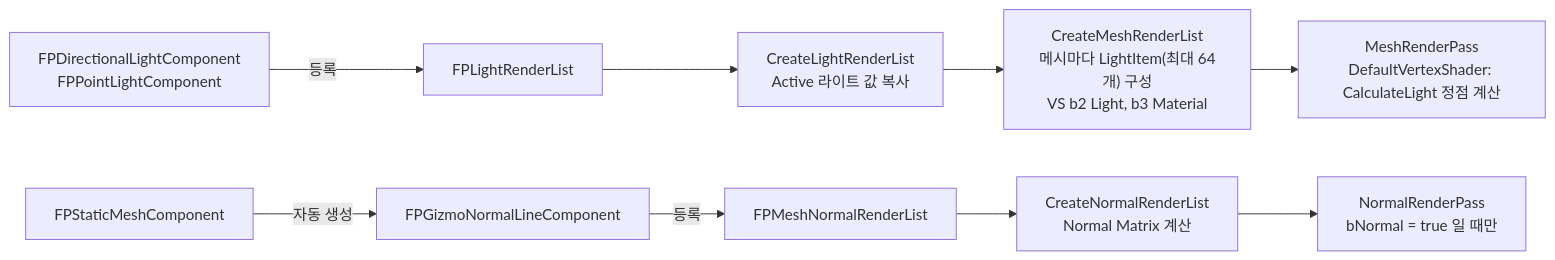
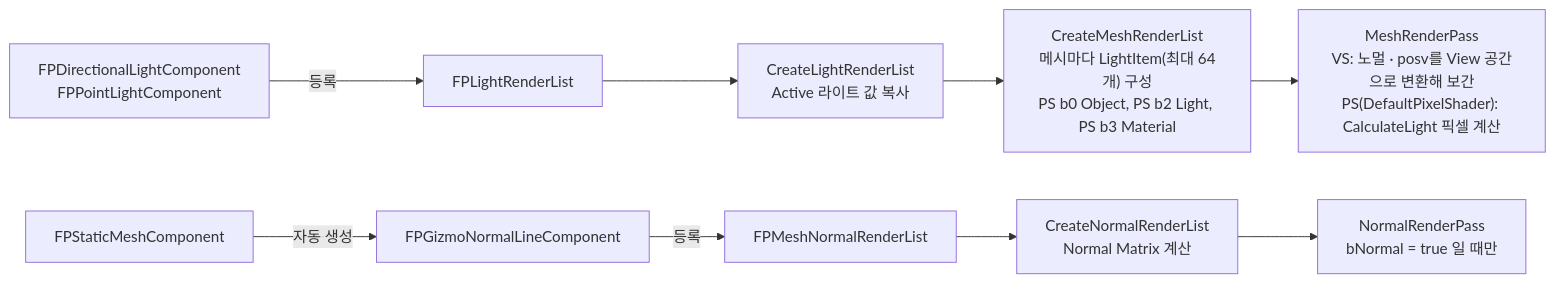
The ninth of 19 diagrams in README.md (Gat-Young/ForestPearlEngine), drawn with Mermaid before and after one commit. The commit also changed other lines of this file and 92 other files, not shown here.

First line of the commit message:
:t-rex: : Per Pixel Light

````diff
--- a/README.md
+++ b/README.md
@@ -880,11 +885,11 @@
 ```mermaid
 flowchart LR
     DL["FPDirectionalLightComponent<br/>FPPointLightComponent"] -->|"등록"| LL["FPLightRenderList"]
     LL --> CL["CreateLightRenderList<br/>Active 라이트 값 복사"]
-    CL --> CM["CreateMeshRenderList<br/>메시마다 LightItem(최대 64개) 구성<br/>VS b2 Light, b3 Material"]
-    CM --> MP["MeshRenderPass<br/>DefaultVertexShader: CalculateLight 정점 계산"]
+    CL --> CM["CreateMeshRenderList<br/>메시마다 LightItem(최대 64개) 구성<br/>PS b0 Object, PS b2 Light, PS b3 Material"]
+    CM --> MP["MeshRenderPass<br/>VS: 노멀 · posv를 View 공간으로 변환해 보간<br/>PS(DefaultPixelShader): CalculateLight 픽셀 계산"]
     SM["FPStaticMeshComponent"] -->|"자동 생성"| NL["FPGizmoNormalLineComponent"]
     NL -->|"등록"| NR["FPMeshNormalRenderList"]
     NR --> CN["CreateNormalRenderList<br/>Normal Matrix 계산"]
     CN --> NP["NormalRenderPass<br/>bNormal = true 일 때만"]
 ```
````
